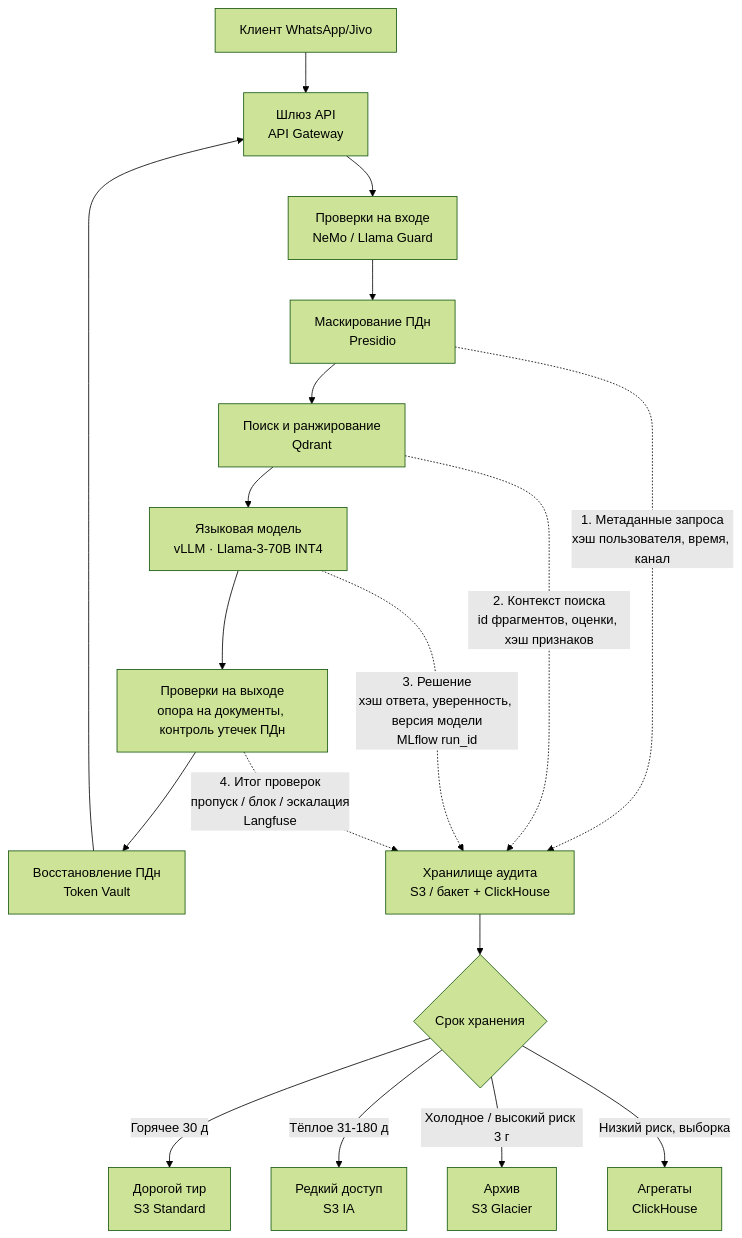
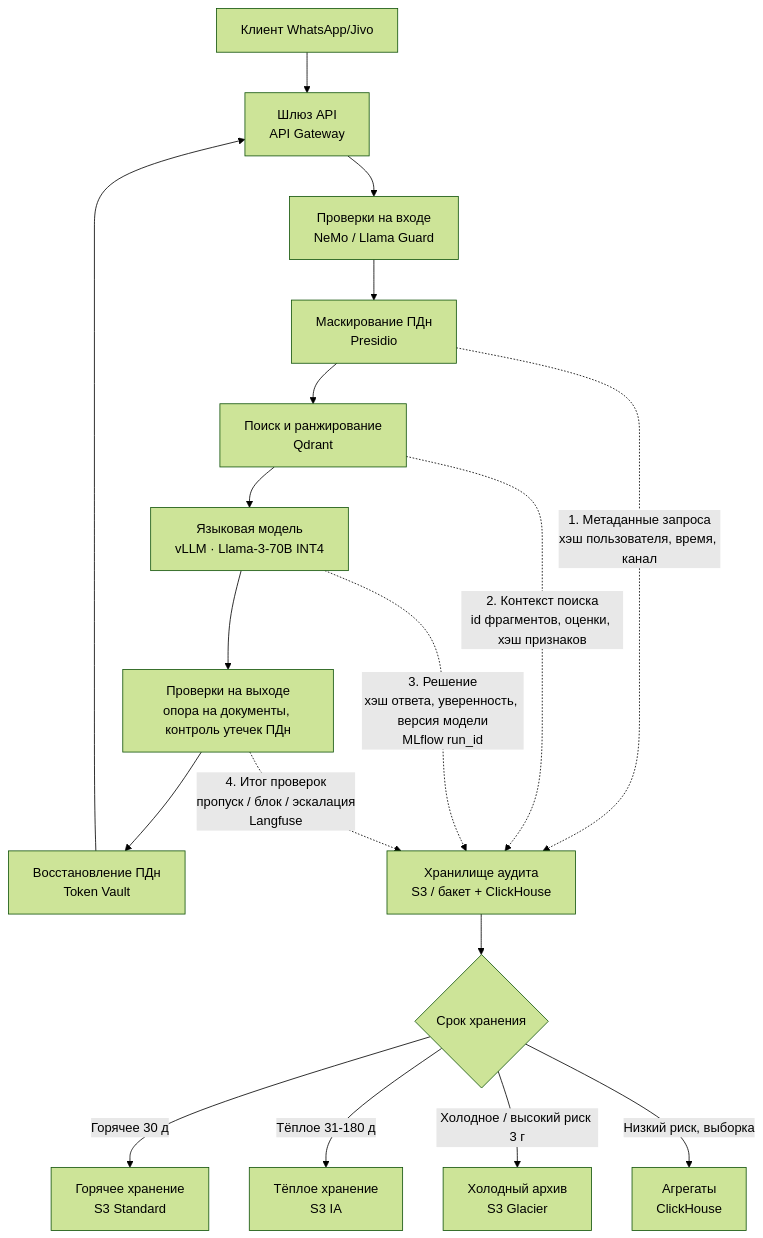
The diagram in hw-10/README.md (divisee/otus-ai-architect), drawn with Mermaid (forest theme) before and after one commit.

Commit message:
Clarify storage tier labels on hw-10 audit diagram.

````diff
--- a/hw-10/README.md
+++ b/hw-10/README.md
@@ -82,22 +82,22 @@
 ```mermaid
 flowchart TB
     U[Клиент WhatsApp/Jivo] --> GW[Шлюз API<br/>API Gateway]
     GW --> IG[Проверки на входе<br/>NeMo / Llama Guard]
     IG --> SAN[Маскирование ПДн<br/>Presidio]
     SAN --> RAG[Поиск и ранжирование<br/>Qdrant]
     RAG --> LLM[Языковая модель<br/>vLLM · Llama-3-70B INT4]
     LLM --> OG[Проверки на выходе<br/>опора на документы, контроль утечек ПДн]
     OG --> REH[Восстановление ПДн<br/>Token Vault]
     REH --> GW
 
     SAN -.->|1. Метаданные запроса<br/>хэш пользователя, время, канал| AUD[Хранилище аудита<br/>S3 / бакет + ClickHouse]
     RAG -.->|2. Контекст поиска<br/>id фрагментов, оценки, хэш признаков| AUD
     LLM -.->|3. Решение<br/>хэш ответа, уверенность, версия модели<br/>MLflow run_id| AUD
     OG -.->|4. Итог проверок<br/>пропуск / блок / эскалация<br/>Langfuse| AUD
 
     AUD --> TTL{Срок хранения}
-    TTL -->|Горячее 30 д| HOT[Дорогой тир<br/>S3 Standard]
-    TTL -->|Тёплое 31-180 д| WARM[Редкий доступ<br/>S3 IA]
-    TTL -->|Холодное / высокий риск 3 г| COLD[Архив<br/>S3 Glacier]
+    TTL -->|Горячее 30 д| HOT[Горячее хранение<br/>S3 Standard]
+    TTL -->|Тёплое 31-180 д| WARM[Тёплое хранение<br/>S3 IA]
+    TTL -->|Холодное / высокий риск 3 г| COLD[Холодный архив<br/>S3 Glacier]
     TTL -->|Низкий риск, выборка| AGG[Агрегаты<br/>ClickHouse]
 ```
````
